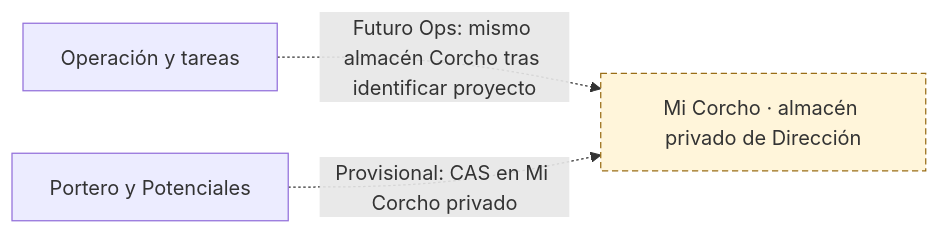
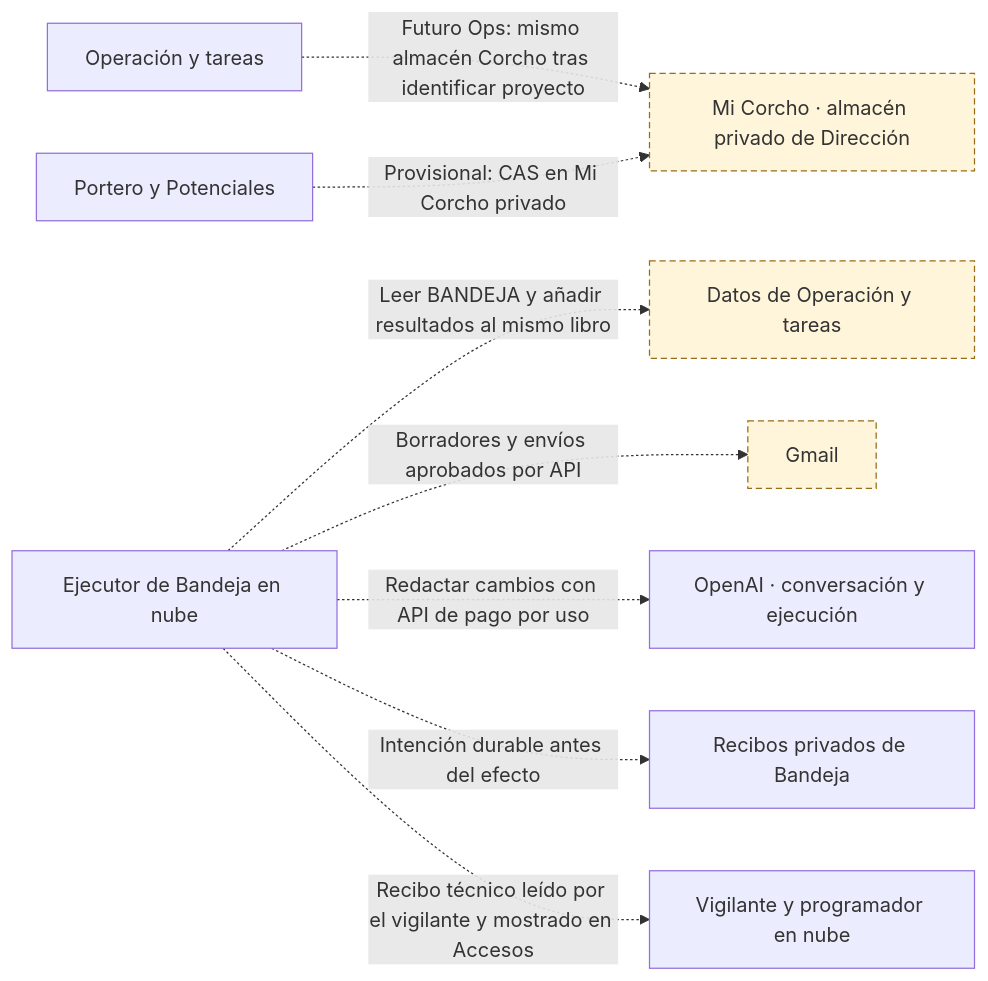
Diagram 11 of 12 in docs/arquitectura/mapas.md (yodesarrollomx/yod-portal), drawn with Mermaid before and after one commit. The commit also changed other lines of this file and 11 other files, not shown here.

Commit message:
Registrar Bandeja en nube y cierre personal de conexiones

````diff
--- a/docs/arquitectura/mapas.md
+++ b/docs/arquitectura/mapas.md
@@ -503,10 +509,23 @@
 ```mermaid
 flowchart LR
   n_GAS_PORTERO["Portero y Potenciales"]
   n_GAS_OPERACION["Operación y tareas"]
+  n_SHEET_OPERACION["Datos de Operación y tareas"]
+  n_EXT_GMAIL["Gmail"]
   n_STORE_DESPACHO_CORCHO["Mi Corcho · almacén privado de Dirección"]
+  n_EXT_OPENAI["OpenAI · conversación y ejecución"]
+  n_SVC_HORARIOS_CLOUD["Vigilante y programador en nube"]
+  n_GAS_BANDEJA_NUBE["Ejecutor de Bandeja en nube"]
+  n_STORE_BANDEJA_RECIBOS["Recibos privados de Bandeja"]
   n_GAS_OPERACION -.->|Futuro Ops: mismo almacén Corcho tras identificar proyecto| n_STORE_DESPACHO_CORCHO
   n_GAS_PORTERO -.->|Provisional: CAS en Mi Corcho privado| n_STORE_DESPACHO_CORCHO
+  n_GAS_BANDEJA_NUBE -.->|Leer BANDEJA y añadir resultados al mismo libro| n_SHEET_OPERACION
+  n_GAS_BANDEJA_NUBE -.->|Borradores y envíos aprobados por API| n_EXT_GMAIL
+  n_GAS_BANDEJA_NUBE -.->|Redactar cambios con API de pago por uso| n_EXT_OPENAI
+  n_GAS_BANDEJA_NUBE -.->|Intención durable antes del efecto| n_STORE_BANDEJA_RECIBOS
+  n_GAS_BANDEJA_NUBE -.->|Recibo técnico leído por el vigilante y mostrado en Accesos| n_SVC_HORARIOS_CLOUD
   classDef pendiente fill:#fff5da,stroke:#996d16,stroke-dasharray:5 3;
+  class n_SHEET_OPERACION pendiente;
+  class n_EXT_GMAIL pendiente;
   class n_STORE_DESPACHO_CORCHO pendiente;
 ```
````
